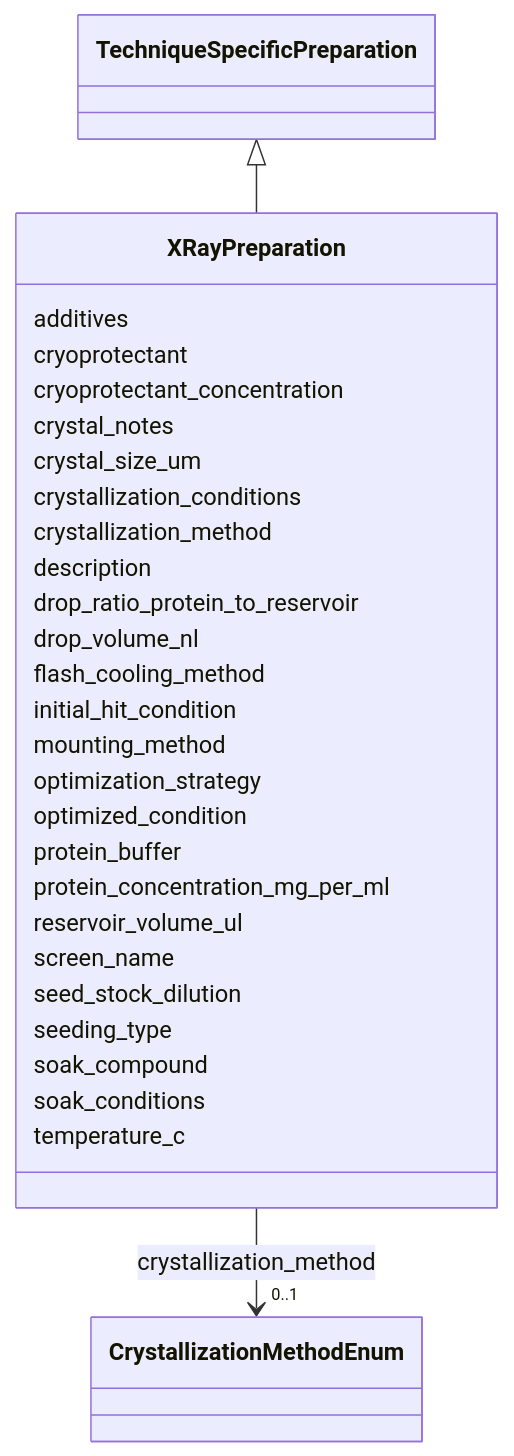
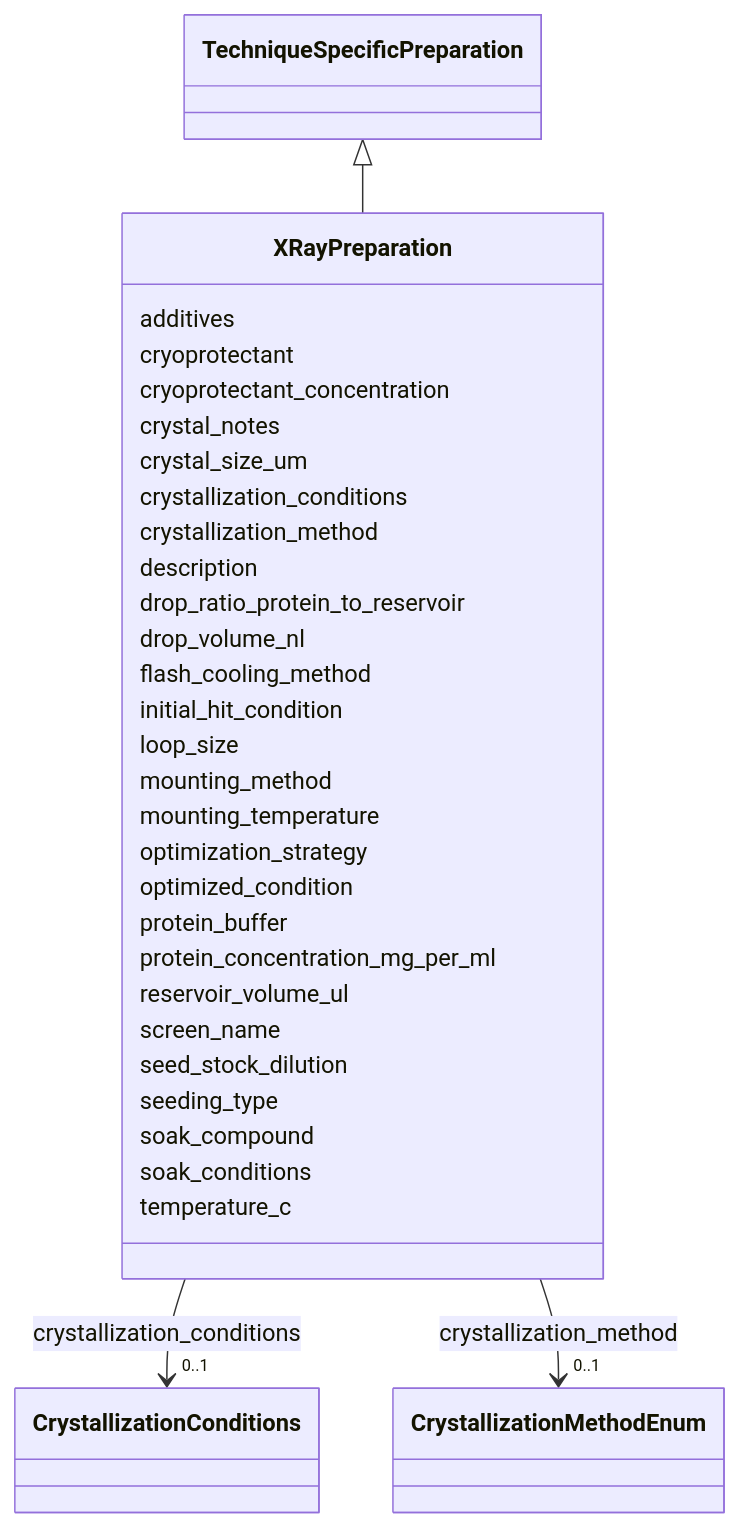
One commit to lambda-ber/lambda-ber-schema changed the diagram in docs/XRayPreparation.md. Above: the diagram before and after it, drawn with Mermaid. The commit also changed other lines of this file and 278 other files, not shown here.

````diff
--- a/docs/XRayPreparation.md
+++ b/docs/XRayPreparation.md
@@ -18,66 +18,79 @@
 ```mermaid
  classDiagram
     class XRayPreparation
     click XRayPreparation href "../XRayPreparation/"
       TechniqueSpecificPreparation <|-- XRayPreparation
         click TechniqueSpecificPreparation href "../TechniqueSpecificPreparation/"
       
       XRayPreparation : additives
         
       XRayPreparation : cryoprotectant
         
       XRayPreparation : cryoprotectant_concentration
         
       XRayPreparation : crystal_notes
         
       XRayPreparation : crystal_size_um
         
       XRayPreparation : crystallization_conditions
+        
+          
+    
+        
+        
+        XRayPreparation --> "0..1" CrystallizationConditions : crystallization_conditions
+        click CrystallizationConditions href "../CrystallizationConditions/"
+    
+
         
       XRayPreparation : crystallization_method
         
           
     
         
         
         XRayPreparation --> "0..1" CrystallizationMethodEnum : crystallization_method
         click CrystallizationMethodEnum href "../CrystallizationMethodEnum/"
     
 
         
       XRayPreparation : description
         
       XRayPreparation : drop_ratio_protein_to_reservoir
         
       XRayPreparation : drop_volume_nl
         
       XRayPreparation : flash_cooling_method
         
       XRayPreparation : initial_hit_condition
         
+      XRayPreparation : loop_size
+        
       XRayPreparation : mounting_method
+        
+      XRayPreparation : mounting_temperature
         
       XRayPreparation : optimization_strategy
         
       XRayPreparation : optimized_condition
         
       XRayPreparation : protein_buffer
         
       XRayPreparation : protein_concentration_mg_per_ml
         
       XRayPreparation : reservoir_volume_ul
         
       XRayPreparation : screen_name
         
       XRayPreparation : seed_stock_dilution
         
       XRayPreparation : seeding_type
         
       XRayPreparation : soak_compound
         
       XRayPreparation : soak_conditions
         
       XRayPreparation : temperature_c
         
       
 ```
````
